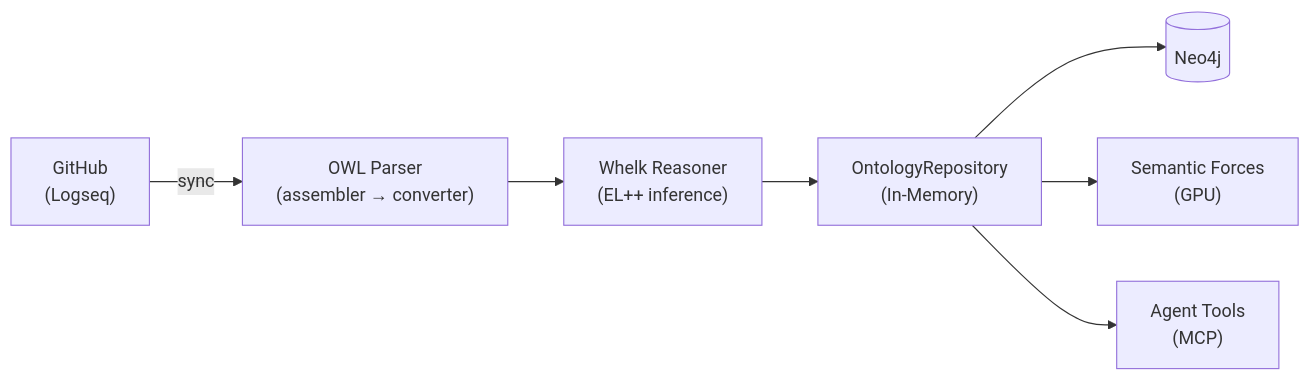
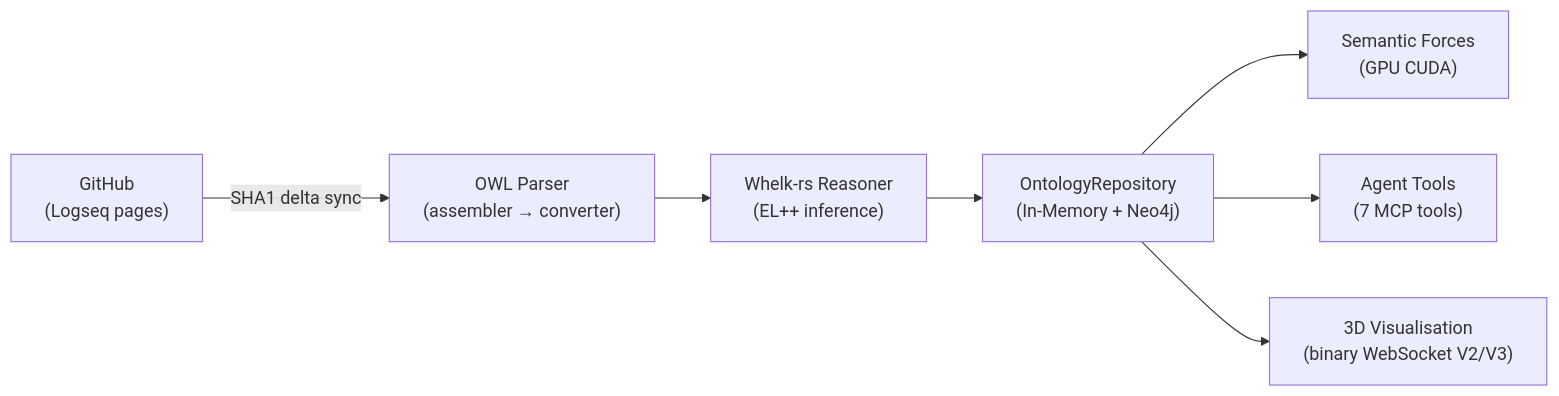
The second of 5 diagrams in README.md (shaneholloman/logseq-spring-thing), drawn with Mermaid before and after one commit. The commit also changed other lines of this file, not shown here.

````diff
--- a/README.md
+++ b/README.md
@@ -160,9 +235,9 @@
 ```mermaid
 flowchart LR
-    GH["GitHub\n(Logseq)"] -->|sync| Parser["OWL Parser\n(assembler → converter)"]
-    Parser --> Whelk["Whelk Reasoner\n(EL++ inference)"]
-    Whelk --> Store["OntologyRepository\n(In-Memory)"]
-    Store --> Neo4j[(Neo4j)]
-    Store --> Physics["Semantic Forces\n(GPU)"]
-    Store --> Agents["Agent Tools\n(MCP)"]
+    GH["GitHub\n(Logseq pages)"] -->|SHA1 delta sync| Parser["OWL Parser\n(assembler → converter)"]
+    Parser --> Whelk["Whelk-rs Reasoner\n(EL++ inference)"]
+    Whelk --> Store["OntologyRepository\n(In-Memory + Neo4j)"]
+    Store --> Physics["Semantic Forces\n(GPU CUDA)"]
+    Store --> Agents["Agent Tools\n(7 MCP tools)"]
+    Store --> Client["3D Visualisation\n(binary WebSocket V2/V3)"]
 ```
````
